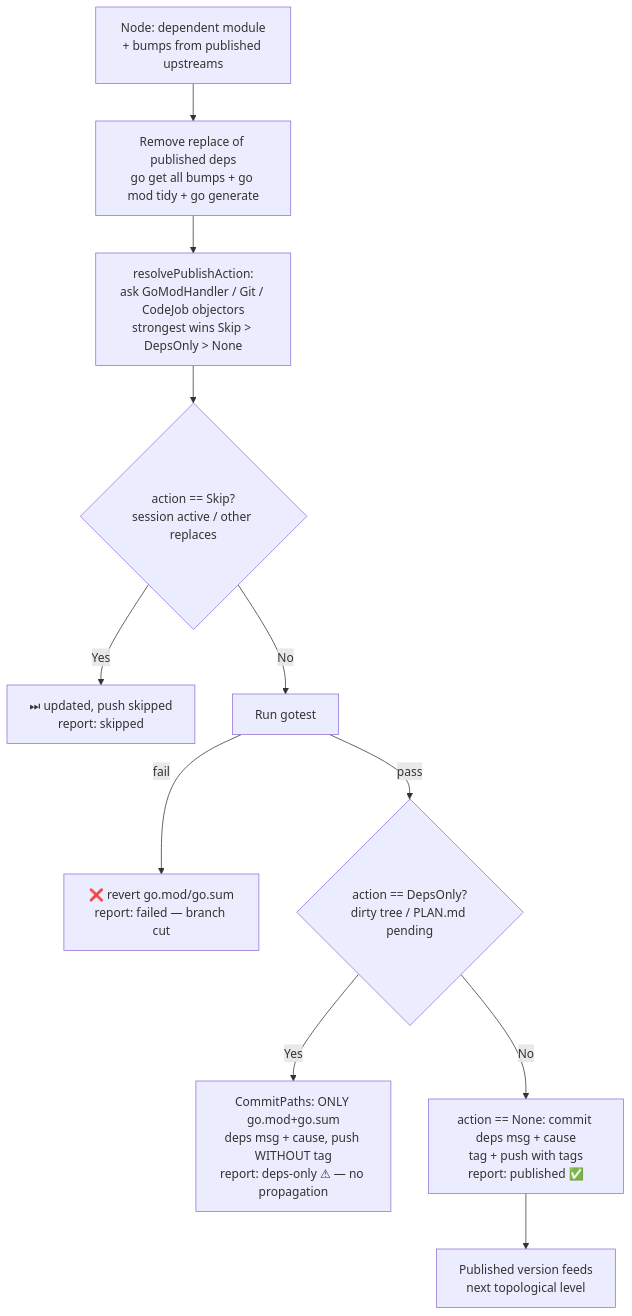
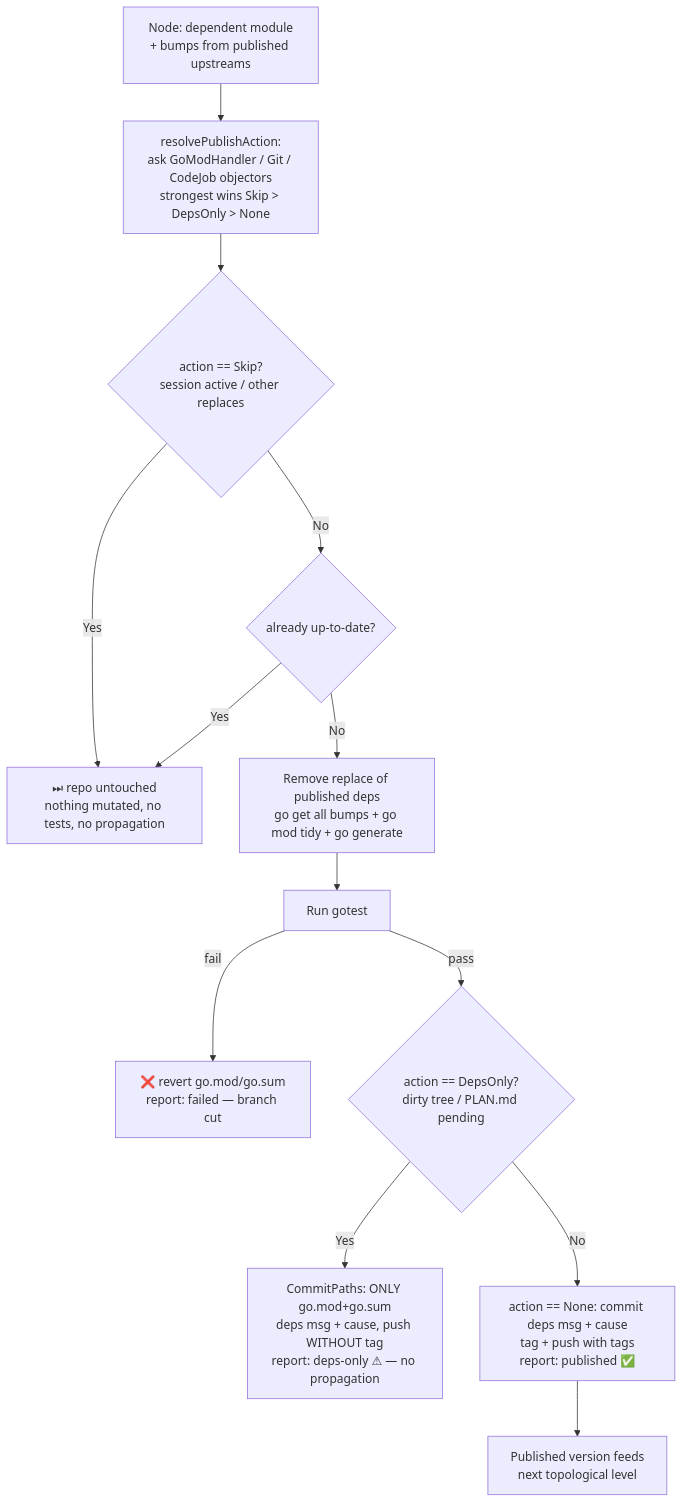
The second of 2 diagrams in docs/diagrams/GOPUSH_FLOW.md (tinywasm/devflow), drawn with Mermaid before and after one commit. The commit also changed other lines of this file and 14 other files, not shown here.

````diff
--- a/docs/diagrams/GOPUSH_FLOW.md
+++ b/docs/diagrams/GOPUSH_FLOW.md
@@ -87,13 +96,15 @@
 ```mermaid
 flowchart TD
-    N[Node: dependent module<br/>+ bumps from published upstreams] --> N2[Remove replace of published deps<br/>go get all bumps + go mod tidy + go generate]
-    N2 --> NR[resolvePublishAction:<br/>ask GoModHandler / Git / CodeJob objectors<br/>strongest wins Skip &gt; DepsOnly &gt; None]
+    N[Node: dependent module<br/>+ bumps from published upstreams] --> NR[resolvePublishAction:<br/>ask GoModHandler / Git / CodeJob objectors<br/>strongest wins Skip &gt; DepsOnly &gt; None]
     NR --> N1{action == Skip?<br/>session active / other replaces}
-    N1 -- Yes --> NS1[⏭ updated, push skipped<br/>report: skipped]
-    N1 -- No --> N4[Run gotest]
+    N1 -- Yes --> NS1[⏭ repo untouched<br/>nothing mutated, no tests, no propagation]
+    N1 -- No --> N3{already up-to-date?}
+    N3 -- Yes --> NS1
+    N3 -- No --> N2[Remove replace of published deps<br/>go get all bumps + go mod tidy + go generate]
+    N2 --> N4[Run gotest]
     N4 -- fail --> NF[❌ revert go.mod/go.sum<br/>report: failed — branch cut]
     N4 -- pass --> N5{action == DepsOnly?<br/>dirty tree / PLAN.md pending}
     N5 -- Yes --> N6[CommitPaths: ONLY go.mod+go.sum<br/>deps msg + cause, push WITHOUT tag<br/>report: deps-only ⚠ — no propagation]
     N5 -- No --> N7[action == None: commit deps msg + cause<br/>tag + push with tags<br/>report: published ✅]
     N7 --> N8[Published version feeds<br/>next topological level]
 ```
````
